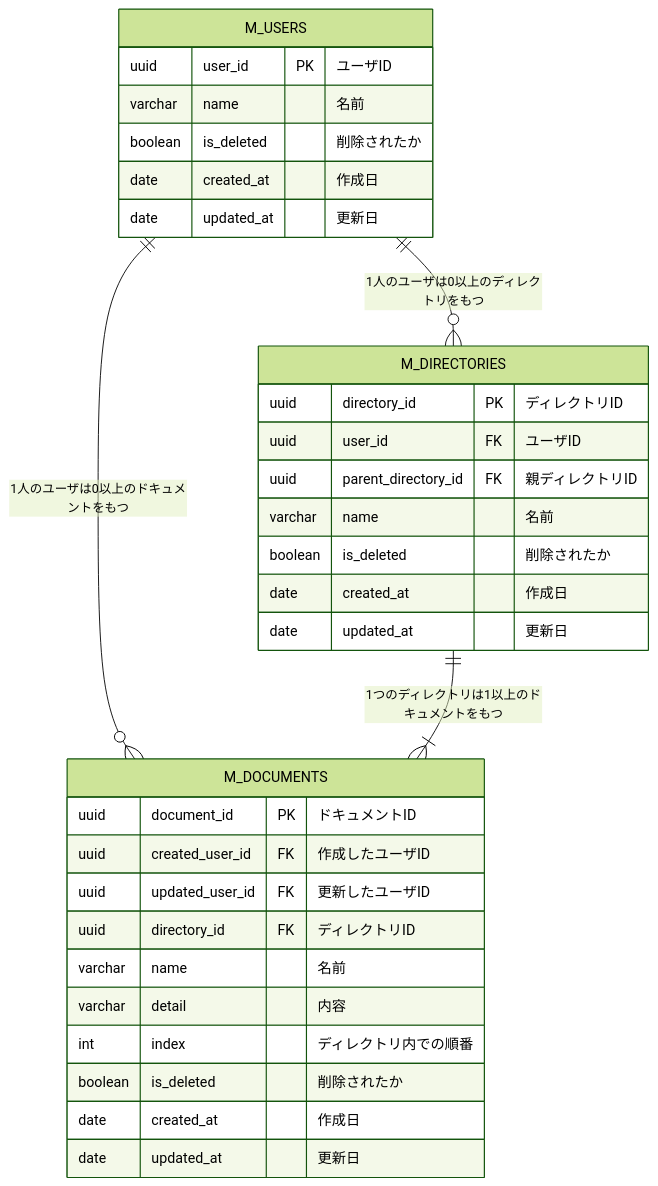
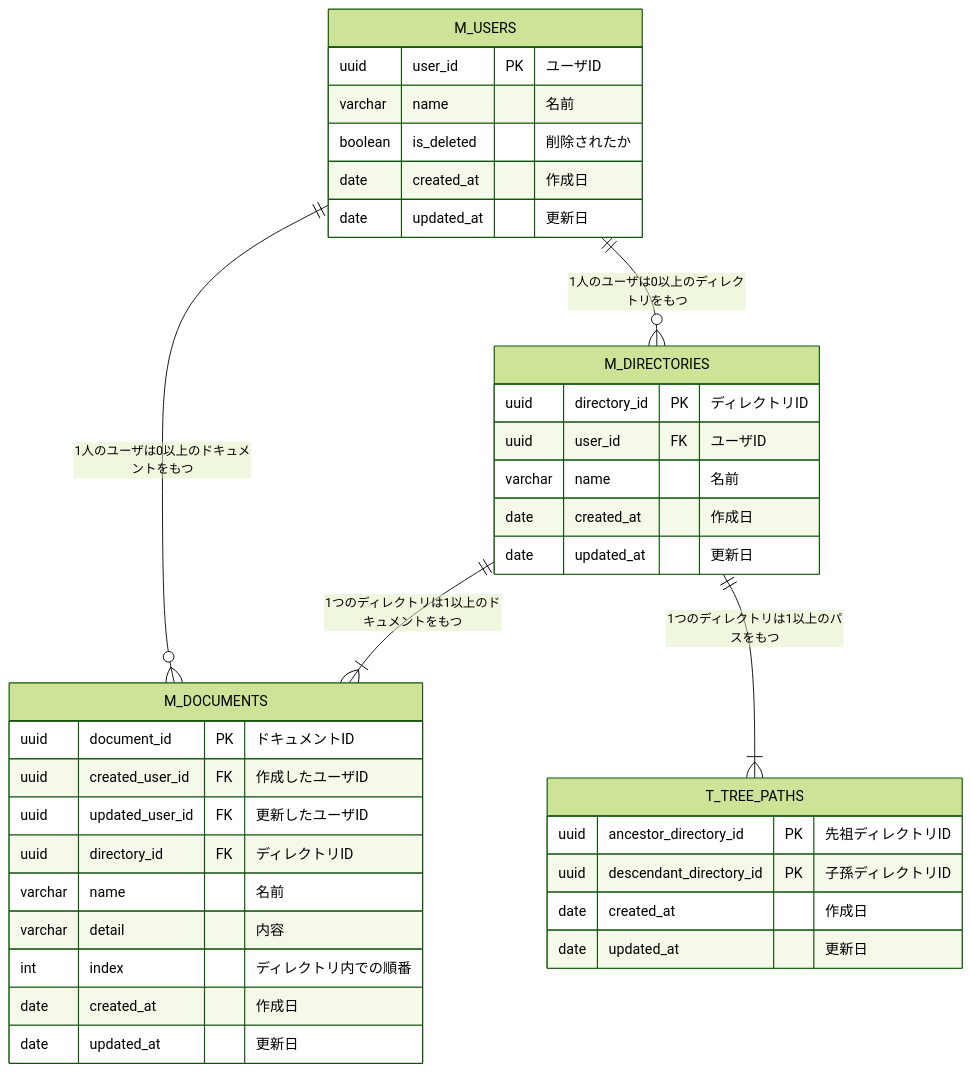
One commit to praha-inc/praha-challenge-7 changed the diagram in F0yWy8HaLlWoST/01_データベース設計/03_DBモデリング3/kadai_02.md. Above: the diagram before and after it, drawn with Mermaid (forest theme). The commit also changed 5 other files, not shown here.

````diff
--- a/F0yWy8HaLlWoST/01_データベース設計/03_DBモデリング3/kadai_02.md
+++ b/F0yWy8HaLlWoST/01_データベース設計/03_DBモデリング3/kadai_02.md
@@ -5,38 +5,43 @@
 ```mermaid
 erDiagram
 
   M_USERS {
     uuid user_id PK "ユーザID"
     varchar name "<Not null> 名前"
     boolean is_deleted "<Not null> 削除されたか"
     date created_at "<Not null> 作成日"
     date updated_at "更新日"
   }
 
   M_DIRECTORIES {
     uuid directory_id PK "ディレクトリID"
     uuid user_id FK "<Not null> ユーザID"
-    uuid parent_directory_id FK "<Not null><default: root> 親ディレクトリID"
     varchar name "<Not null> 名前"
-    boolean is_deleted "<Not null> 削除されたか"
     date created_at "<Not null> 作成日"
     date updated_at "更新日"
   }
 
   M_DOCUMENTS {
     uuid document_id PK "ドキュメントID"
     uuid created_user_id FK "<Not null> 作成したユーザID"
     uuid updated_user_id FK "<Not null> 更新したユーザID"
     uuid directory_id FK "<Not null><default: root> ディレクトリID"
     varchar name "<Not null> 名前"
     varchar detail "<Not null> 内容"
     int index "<Not null><default: 最大index+1> ディレクトリ内での順番"
-    boolean is_deleted "<Not null> 削除されたか"
+    date created_at "<Not null> 作成日"
+    date updated_at "更新日"
+  }
+
+  T_TREE_PATHS {
+    uuid ancestor_directory_id PK "先祖ディレクトリID"
+    uuid descendant_directory_id PK "子孫ディレクトリID"
     date created_at "<Not null> 作成日"
     date updated_at "更新日"
   }
 
   M_USERS ||--o{ M_DIRECTORIES: "1人のユーザは0以上のディレクトリをもつ"
   M_USERS ||--o{ M_DOCUMENTS: "1人のユーザは0以上のドキュメントをもつ"
   M_DIRECTORIES ||--|{ M_DOCUMENTS: "1つのディレクトリは1以上のドキュメントをもつ"
+  M_DIRECTORIES ||--|{ T_TREE_PATHS: "1つのディレクトリは1以上のパスをもつ"
 ```
````
